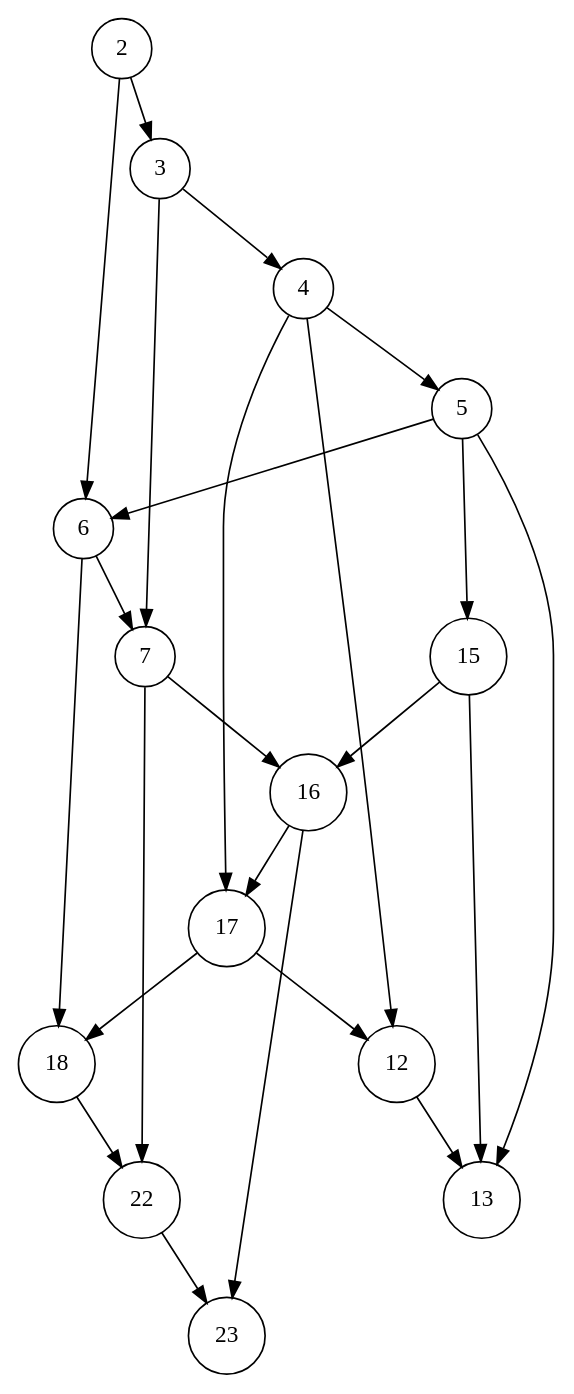
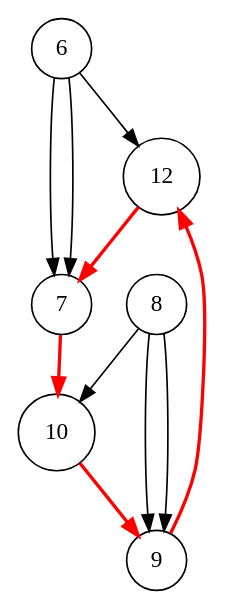
The diagram in execution_3.dot (gintskk/execution-log-parser), drawn with Graphviz before and after one commit. The commit also changed 19 other files, not shown here.

```diff
--- a/execution_3.dot
+++ b/execution_3.dot
@@ -1,26 +1,14 @@
 digraph execution {
   node [shape=circle];
-  18 -> 22;
-  22 -> 23;
-  7 -> 22;
-  7 -> 16;
-  3 -> 4;
-  3 -> 7;
-  2 -> 3;
-  2 -> 6;
-  12 -> 13;
+  12 -> 7 [color=red, penwidth=2.0];
+  10 -> 9 [color=red, penwidth=2.0];
+  7 -> 10 [color=red, penwidth=2.0];
   6 -> 7;
-  6 -> 18;
-  17 -> 18;
-  17 -> 12;
-  5 -> 6;
-  5 -> 15;
-  5 -> 13;
-  16 -> 17;
-  16 -> 23;
-  4 -> 5;
-  4 -> 17;
-  4 -> 12;
-  15 -> 16;
-  15 -> 13;
+  6 -> 12;
+  6 -> 7;
+  9 -> 12 [color=red, penwidth=2.0];
+  8 -> 9;
+  8 -> 10;
+  8 -> 9;
+  {node [style=filled, fillcolor=lightpink] 12 7 10 9 12 }
 }
```
